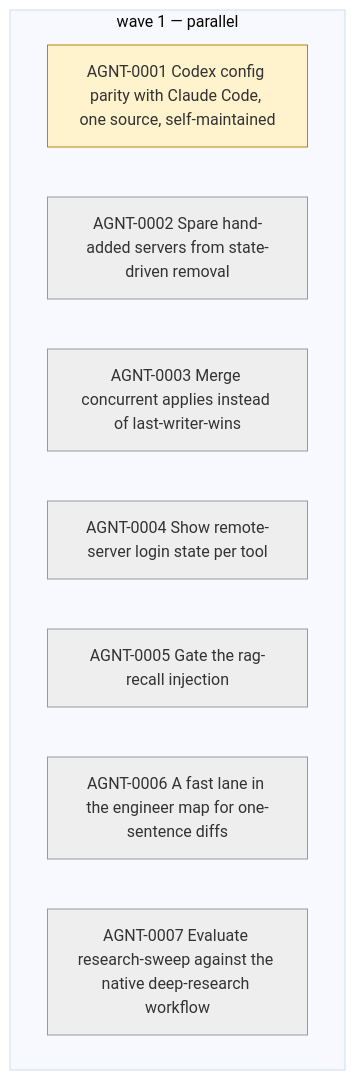
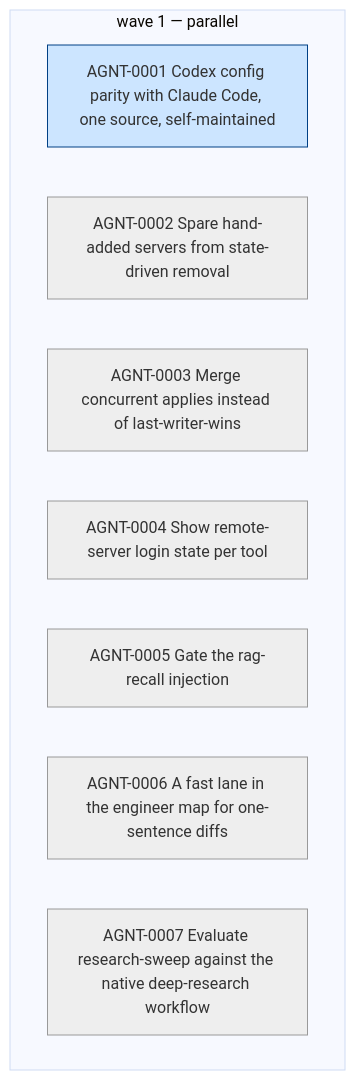
Before and after one commit to OwaisQuadri/agents: the diagram in .map/roadmap.mmd, drawn with Mermaid (base theme). The commit also changed 1 other file, not shown here.

Commit message:
map(AGNT-0001): phase 23 close (statuses)

```diff
--- a/.map/roadmap.mmd
+++ b/.map/roadmap.mmd
@@ -1,15 +1,15 @@
 flowchart TD
   classDef todo fill:#eeeeee,stroke:#999999
   classDef inprogress fill:#fff3cd,stroke:#b8860b
   classDef resolved fill:#cce5ff,stroke:#004085
   classDef done fill:#d4edda,stroke:#155724
   classDef cancelled fill:#f8d7da,stroke:#721c24,stroke-dasharray: 5 5
   subgraph wave1 ["wave 1 — parallel"]
-    AGNT_0001["AGNT-0001 Codex config parity with Claude Code, one source, self-maintained"]:::inprogress
+    AGNT_0001["AGNT-0001 Codex config parity with Claude Code, one source, self-maintained"]:::resolved
     AGNT_0002["AGNT-0002 Spare hand-added servers from state-driven removal"]:::todo
     AGNT_0003["AGNT-0003 Merge concurrent applies instead of last-writer-wins"]:::todo
     AGNT_0004["AGNT-0004 Show remote-server login state per tool"]:::todo
     AGNT_0005["AGNT-0005 Gate the rag-recall injection"]:::todo
     AGNT_0006["AGNT-0006 A fast lane in the engineer map for one-sentence diffs"]:::todo
     AGNT_0007["AGNT-0007 Evaluate research-sweep against the native deep-research workflow"]:::todo
   end
```
